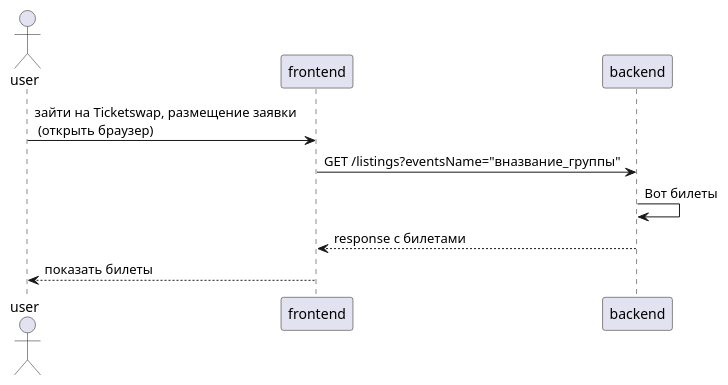
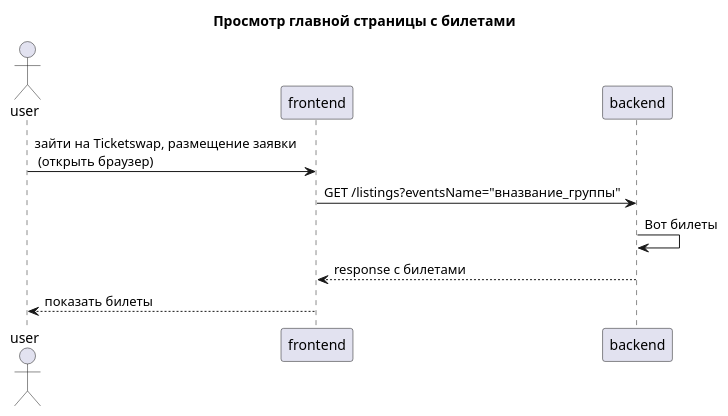
The diagram in plantUML diags/listings_page.wsd (mr-yragan/TicketSwapBackend), drawn with PlantUML before and after one commit. The commit also changed 6 other files, not shown here.

Commit message:
updated sequence-diagramms

```diff
--- a/plantUML diags/listings_page.wsd
+++ b/plantUML diags/listings_page.wsd
@@ -1,13 +1,14 @@
 @startuml
+title Просмотр главной страницы с билетами
 
 actor user
 participant frontend
 participant backend
 
 user -> frontend: зайти на Ticketswap, размещение заявки \n (открыть браузер)
 frontend -> backend: GET /listings?eventsName="вназвание_группы"
 backend -> backend: Вот билеты
 backend --> frontend: response с билетами
 frontend --> user: показать билеты
 
 @enduml
```
